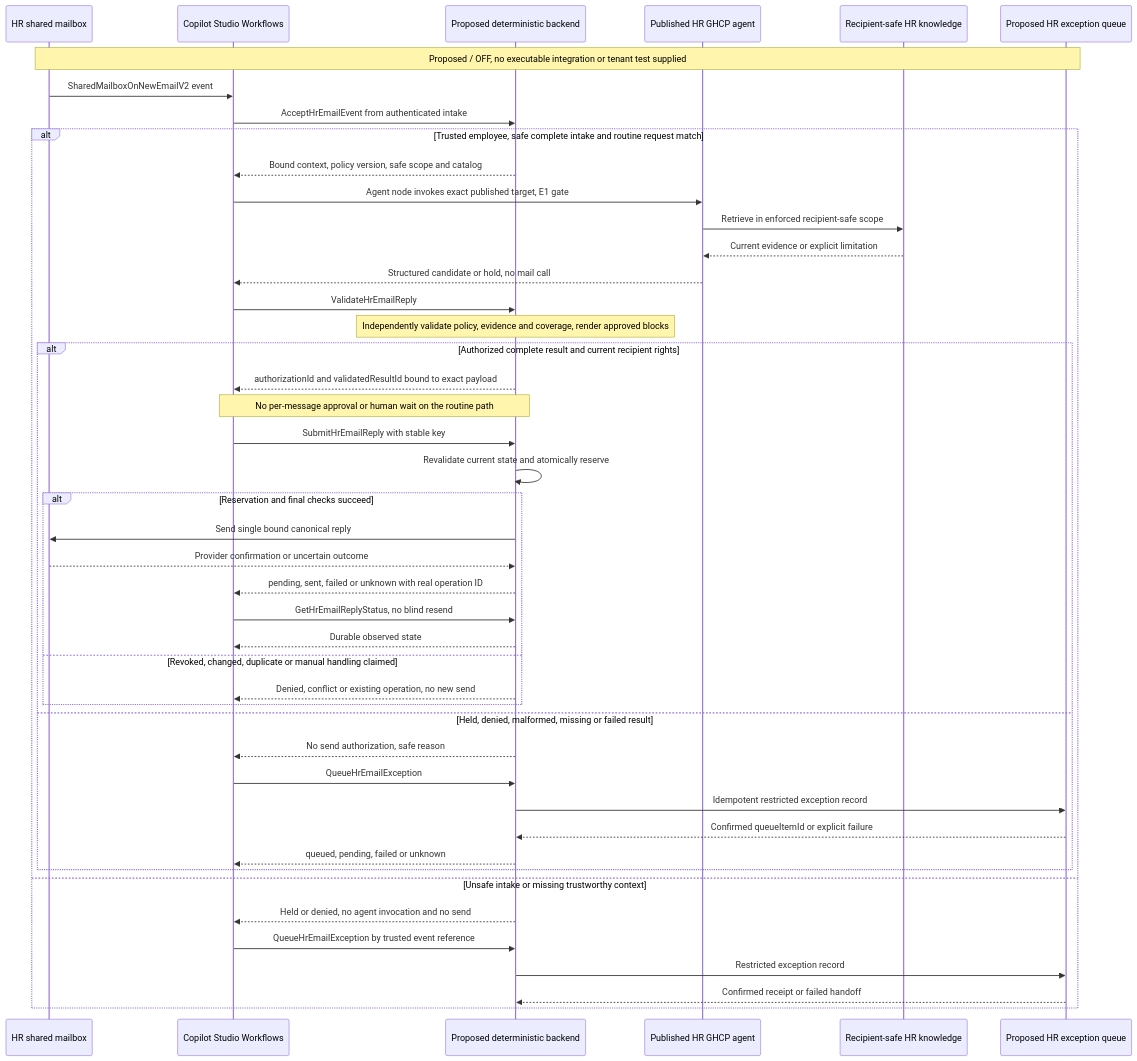
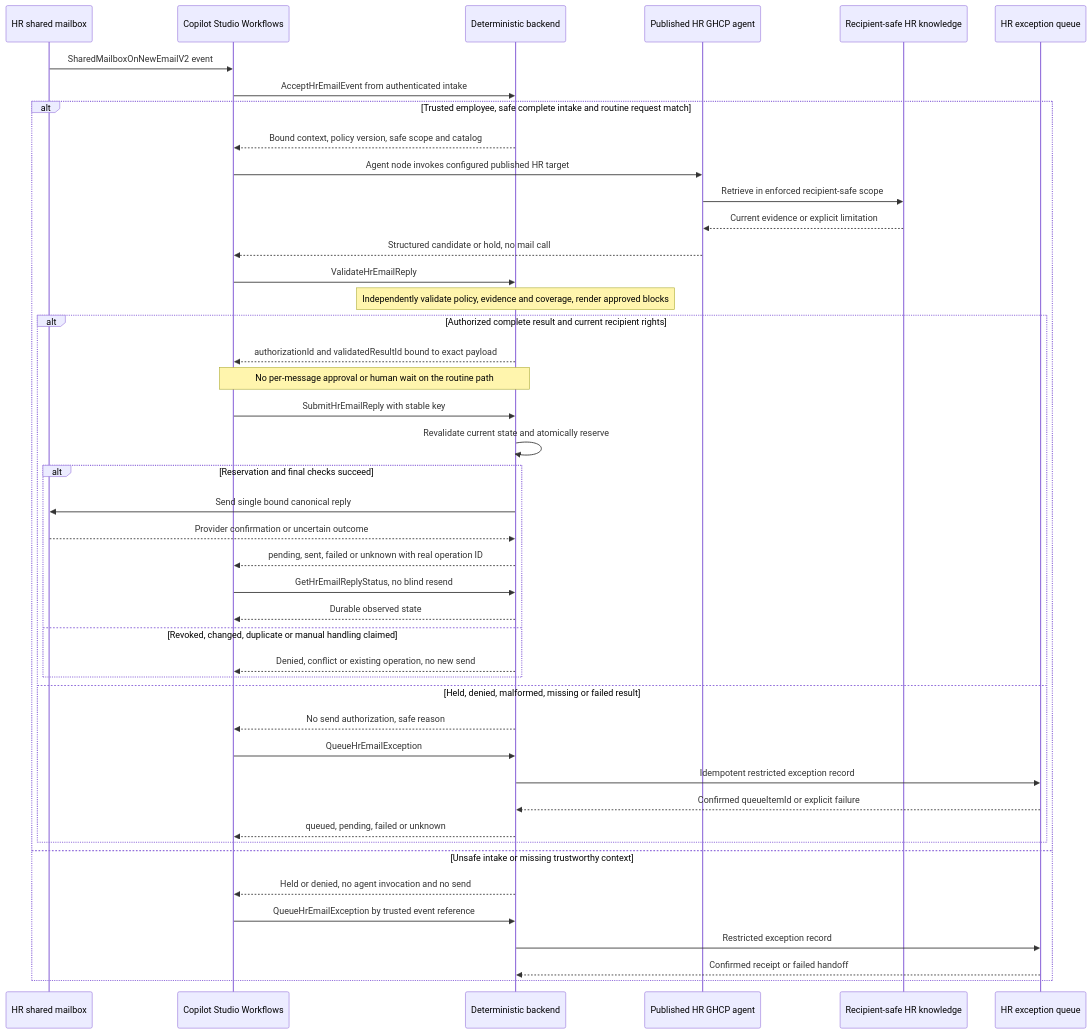
Before and after one commit to petepuu/ai-agent-runbooks: the third of 3 diagrams in 01-scenarios/HR-Onboarding-Agent-GHCP/2.Architecture.md, drawn with Mermaid. The commit also changed other lines of this file and 13 other files, not shown here.

````diff
--- a/01-scenarios/HR-Onboarding-Agent-GHCP/2.Architecture.md
+++ b/01-scenarios/HR-Onboarding-Agent-GHCP/2.Architecture.md
@@ -133,47 +133,46 @@
 ```mermaid
 sequenceDiagram
     participant Mail as HR shared mailbox
     participant Flow as Copilot Studio Workflows
-    participant Backend as Proposed deterministic backend
+    participant Backend as Deterministic backend
     participant Agent as Published HR GHCP agent
     participant KB as Recipient-safe HR knowledge
-    participant Queue as Proposed HR exception queue
-    Note over Mail,Queue: Proposed / OFF, no executable integration or tenant test supplied
+    participant Queue as HR exception queue
     Mail->>Flow: SharedMailboxOnNewEmailV2 event
     Flow->>Backend: AcceptHrEmailEvent from authenticated intake
     alt Trusted employee, safe complete intake and routine request match
         Backend-->>Flow: Bound context, policy version, safe scope and catalog
-        Flow->>Agent: Agent node invokes exact published target, E1 gate
+        Flow->>Agent: Agent node invokes configured published HR target
         Agent->>KB: Retrieve in enforced recipient-safe scope
         KB-->>Agent: Current evidence or explicit limitation
         Agent-->>Flow: Structured candidate or hold, no mail call
         Flow->>Backend: ValidateHrEmailReply
         Note over Backend: Independently validate policy, evidence and coverage, render approved blocks
         alt Authorized complete result and current recipient rights
             Backend-->>Flow: authorizationId and validatedResultId bound to exact payload
             Note over Flow,Backend: No per-message approval or human wait on the routine path
             Flow->>Backend: SubmitHrEmailReply with stable key
             Backend->>Backend: Revalidate current state and atomically reserve
             alt Reservation and final checks succeed
                 Backend->>Mail: Send single bound canonical reply
                 Mail-->>Backend: Provider confirmation or uncertain outcome
                 Backend-->>Flow: pending, sent, failed or unknown with real operation ID
                 Flow->>Backend: GetHrEmailReplyStatus, no blind resend
                 Backend-->>Flow: Durable observed state
             else Revoked, changed, duplicate or manual handling claimed
                 Backend-->>Flow: Denied, conflict or existing operation, no new send
             end
         else Held, denied, malformed, missing or failed result
             Backend-->>Flow: No send authorization, safe reason
             Flow->>Backend: QueueHrEmailException
             Backend->>Queue: Idempotent restricted exception record
             Queue-->>Backend: Confirmed queueItemId or explicit failure
             Backend-->>Flow: queued, pending, failed or unknown
         end
     else Unsafe intake or missing trustworthy context
         Backend-->>Flow: Held or denied, no agent invocation and no send
         Flow->>Backend: QueueHrEmailException by trusted event reference
         Backend->>Queue: Restricted exception record
         Queue-->>Backend: Confirmed receipt or failed handoff
     end
 ```
````
